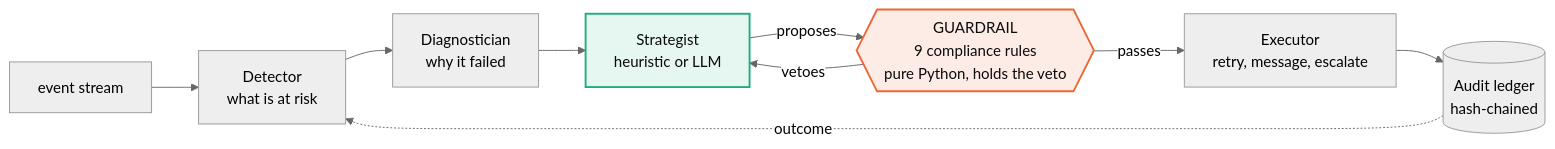
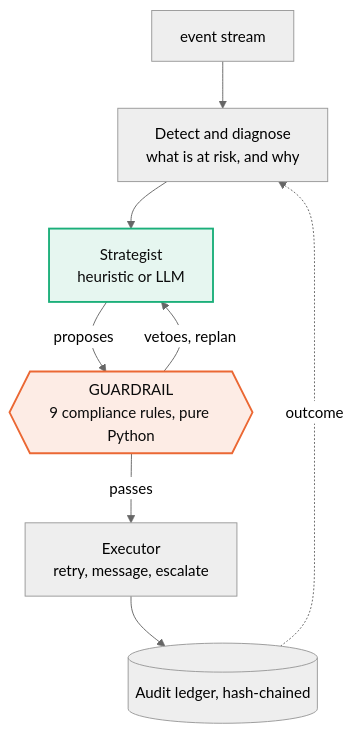
Before and after one commit to Ovais-Maker/razorpay-buildathon-recoup: the diagram in README.md, drawn with Mermaid (neutral theme).

Commit message:
Lay the architecture diagram out vertically so it fits
The horizontal version overflowed the README container, so GitHub added
pan/zoom controls and clipped the executor and audit ledger - the two
nodes the close of the pitch depends on.

````diff
--- a/README.md
+++ b/README.md
@@ -90,16 +90,15 @@
 ```mermaid
-flowchart LR
-    E["event stream"] --> D["Detector<br/>what is at risk"]
-    D --> X["Diagnostician<br/>why it failed"]
-    X --> S["Strategist<br/>heuristic or LLM"]
-    S -- proposes --> G{{"GUARDRAIL<br/>9 compliance rules<br/>pure Python, holds the veto"}}
+flowchart TB
+    E["event stream"] --> D["Detect and diagnose<br/>what is at risk, and why"]
+    D --> S["Strategist<br/>heuristic or LLM"]
+    S -- proposes --> G{{"GUARDRAIL<br/>9 compliance rules, pure Python"}}
+    G -- vetoes, replan --> S
     G -- passes --> P["Executor<br/>retry, message, escalate"]
-    G -- vetoes --> S
-    P --> A[("Audit ledger<br/>hash-chained")]
+    P --> A[("Audit ledger, hash-chained")]
     A -. outcome .-> D
 
     classDef guard fill:#fdece5,stroke:#eb6834,stroke-width:2px,color:#0b0b0b
     classDef swap fill:#e6f6f0,stroke:#1baf7a,stroke-width:2px,color:#0b0b0b
     class G guard
     class S swap
 ```
````
